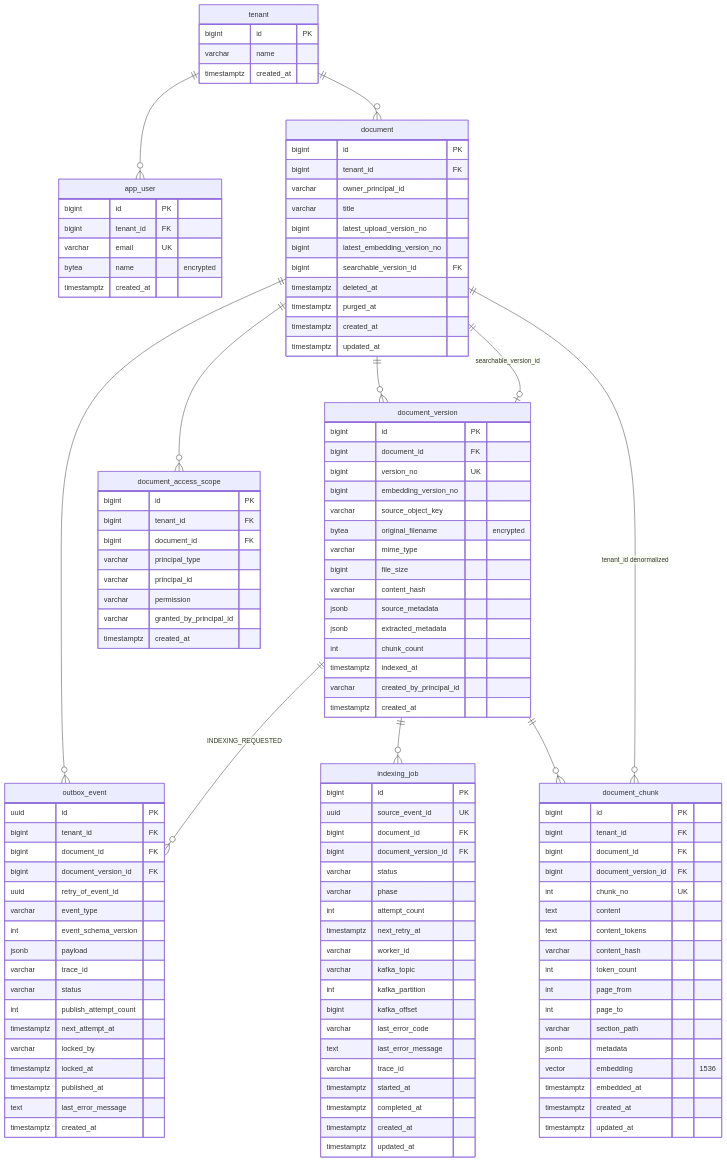
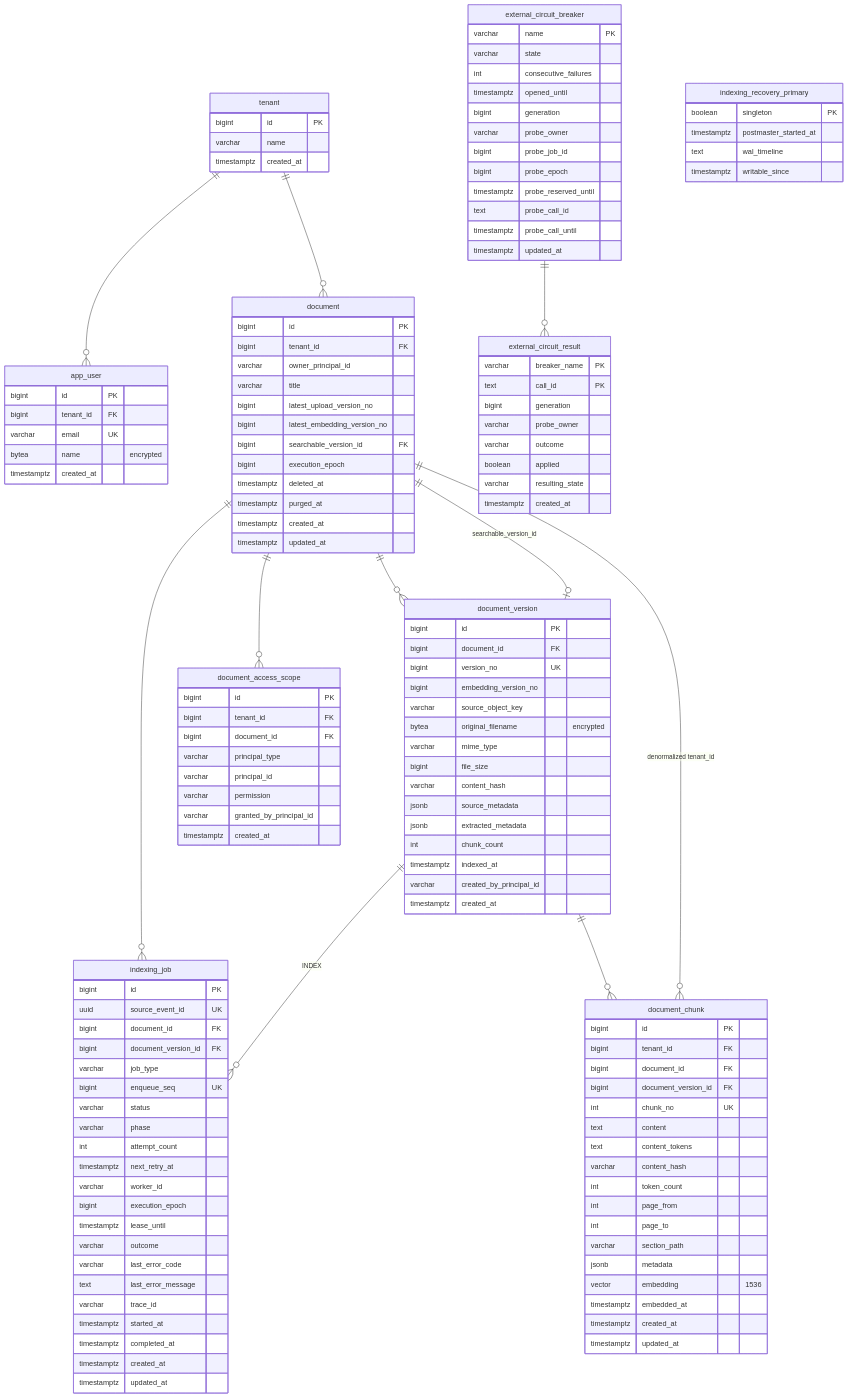
The diagram in docs/SCHEMA.en.md (mash-up-kr/spr1n6-osscontest-server), drawn with Mermaid before and after one commit. The commit also changed other lines of this file and 7 other files, not shown here.

Commit message:
docs: relay·Kafka 언급을 걷어내고 스키마 문서를 DB Job 큐 기준으로 갱신

````diff
--- a/docs/SCHEMA.en.md
+++ b/docs/SCHEMA.en.md
@@ -22,11 +22,11 @@
     document ||--o{ document_version : ""
     document ||--o| document_version : "searchable_version_id"
     document ||--o{ document_access_scope : ""
-    document ||--o{ outbox_event : ""
-    document_version ||--o{ outbox_event : "INDEXING_REQUESTED"
-    document_version ||--o{ indexing_job : ""
+    document ||--o{ indexing_job : ""
+    document_version ||--o{ indexing_job : "INDEX"
     document_version ||--o{ document_chunk : ""
-    document ||--o{ document_chunk : "tenant_id denormalized"
+    document ||--o{ document_chunk : "denormalized tenant_id"
+    external_circuit_breaker ||--o{ external_circuit_result : ""
 
     tenant {
         bigint id PK
@@ -50,6 +50,7 @@
         bigint latest_upload_version_no
         bigint latest_embedding_version_no
         bigint searchable_version_id FK
+        bigint execution_epoch
         timestamptz deleted_at
         timestamptz purged_at
         timestamptz created_at
@@ -105,39 +106,21 @@
         timestamptz created_at
     }
 
-    outbox_event {
-        uuid id PK
-        bigint tenant_id FK
-        bigint document_id FK
-        bigint document_version_id FK
-        uuid retry_of_event_id
-        varchar event_type
-        int event_schema_version
-        jsonb payload
-        varchar trace_id
-        varchar status
-        int publish_attempt_count
-        timestamptz next_attempt_at
-        varchar locked_by
-        timestamptz locked_at
-        timestamptz published_at
-        text last_error_message
-        timestamptz created_at
-    }
-
     indexing_job {
         bigint id PK
         uuid source_event_id UK
         bigint document_id FK
         bigint document_version_id FK
+        varchar job_type
+        bigint enqueue_seq UK
         varchar status
         varchar phase
         int attempt_count
         timestamptz next_retry_at
         varchar worker_id
-        varchar kafka_topic
-        int kafka_partition
-        bigint kafka_offset
+        bigint execution_epoch
+        timestamptz lease_until
+        varchar outcome
         varchar last_error_code
         text last_error_message
         varchar trace_id
@@ -146,4 +129,37 @@
         timestamptz created_at
         timestamptz updated_at
     }
+
+    external_circuit_breaker {
+        varchar name PK
+        varchar state
+        int consecutive_failures
+        timestamptz opened_until
+        bigint generation
+        varchar probe_owner
+        bigint probe_job_id
+        bigint probe_epoch
+        timestamptz probe_reserved_until
+        text probe_call_id
+        timestamptz probe_call_until
+        timestamptz updated_at
+    }
+
+    external_circuit_result {
+        varchar breaker_name PK
+        text call_id PK
+        bigint generation
+        varchar probe_owner
+        varchar outcome
+        boolean applied
+        varchar resulting_state
+        timestamptz created_at
+    }
+
+    indexing_recovery_primary {
+        boolean singleton PK
+        timestamptz postmaster_started_at
+        text wal_timeline
+        timestamptz writable_since
+    }
 ```
````
